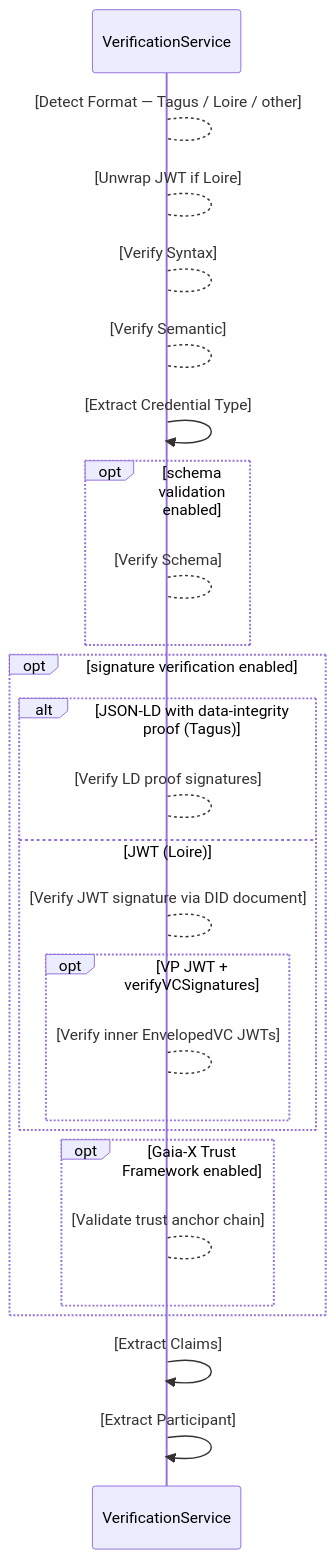
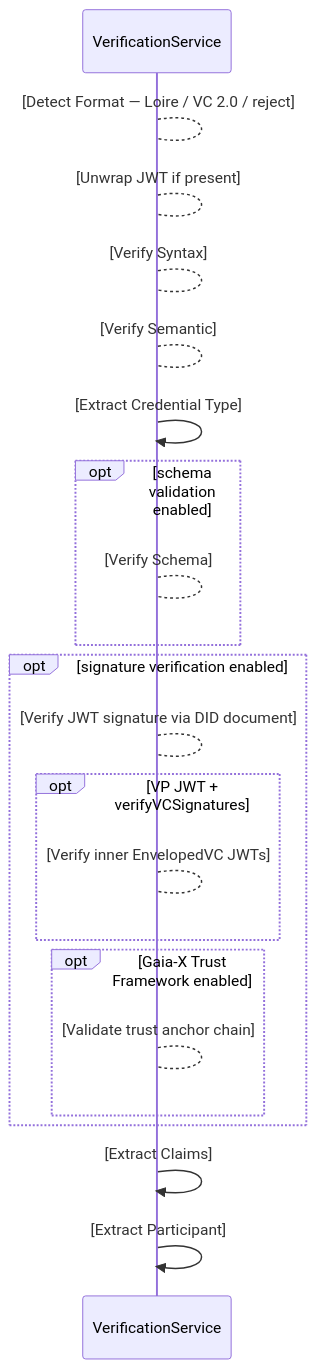
Diagram 38 of 39 in federated-catalogue/src/docs/architecture/chapters/06_runtime_view.adoc (stevenschwenke/federated-catalogue-docs), drawn with Mermaid before and after one commit. The commit also changed other lines of this file and 5 other files, not shown here.

```diff
--- a/federated-catalogue/src/docs/architecture/chapters/06_runtime_view.adoc
+++ b/federated-catalogue/src/docs/architecture/chapters/06_runtime_view.adoc
@@ -1224,27 +1223,23 @@
 [mermaid, width=2000]
 ....
 sequenceDiagram
-    VerificationService --> VerificationService:[Detect Format — Tagus / Loire / other]
-    VerificationService --> VerificationService:[Unwrap JWT if Loire]
+    VerificationService --> VerificationService:[Detect Format — Loire / VC 2.0 / reject]
+    VerificationService --> VerificationService:[Unwrap JWT if present]
     VerificationService --> VerificationService:[Verify Syntax]
     VerificationService --> VerificationService:[Verify Semantic]
     VerificationService ->> VerificationService:[Extract Credential Type]
     opt schema validation enabled
         VerificationService --> VerificationService:[Verify Schema]
     end
     opt signature verification enabled
-        alt JSON-LD with data-integrity proof (Tagus)
-            VerificationService --> VerificationService:[Verify LD proof signatures]
-        else JWT (Loire)
-            VerificationService --> VerificationService:[Verify JWT signature via DID document]
-            opt VP JWT + verifyVCSignatures
-                VerificationService --> VerificationService:[Verify inner EnvelopedVC JWTs]
-            end
+        VerificationService --> VerificationService:[Verify JWT signature via DID document]
+        opt VP JWT + verifyVCSignatures
+            VerificationService --> VerificationService:[Verify inner EnvelopedVC JWTs]
         end
         opt Gaia-X Trust Framework enabled
             VerificationService --> VerificationService:[Validate trust anchor chain]
         end
     end
     VerificationService ->> VerificationService:[Extract Claims]
     VerificationService ->> VerificationService:[Extract Participant]
 ....
```
